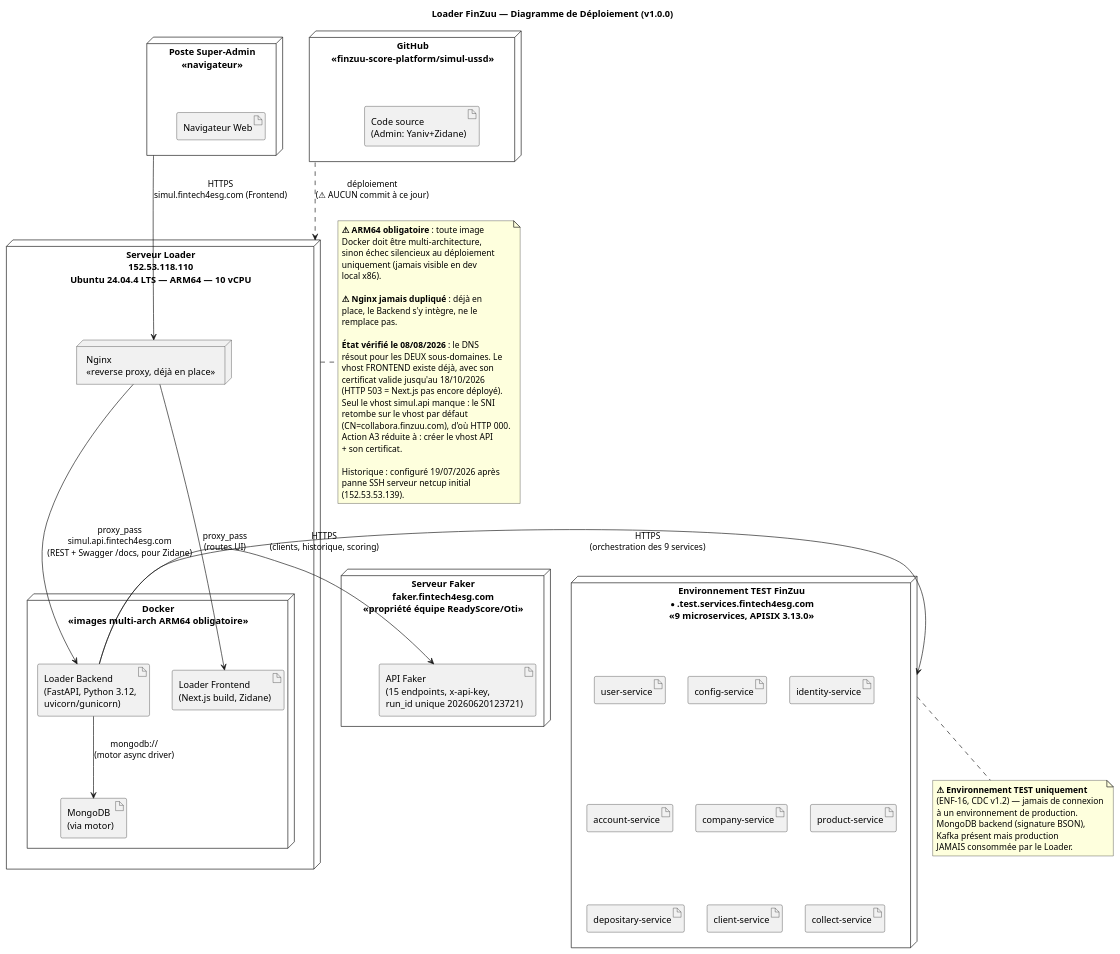
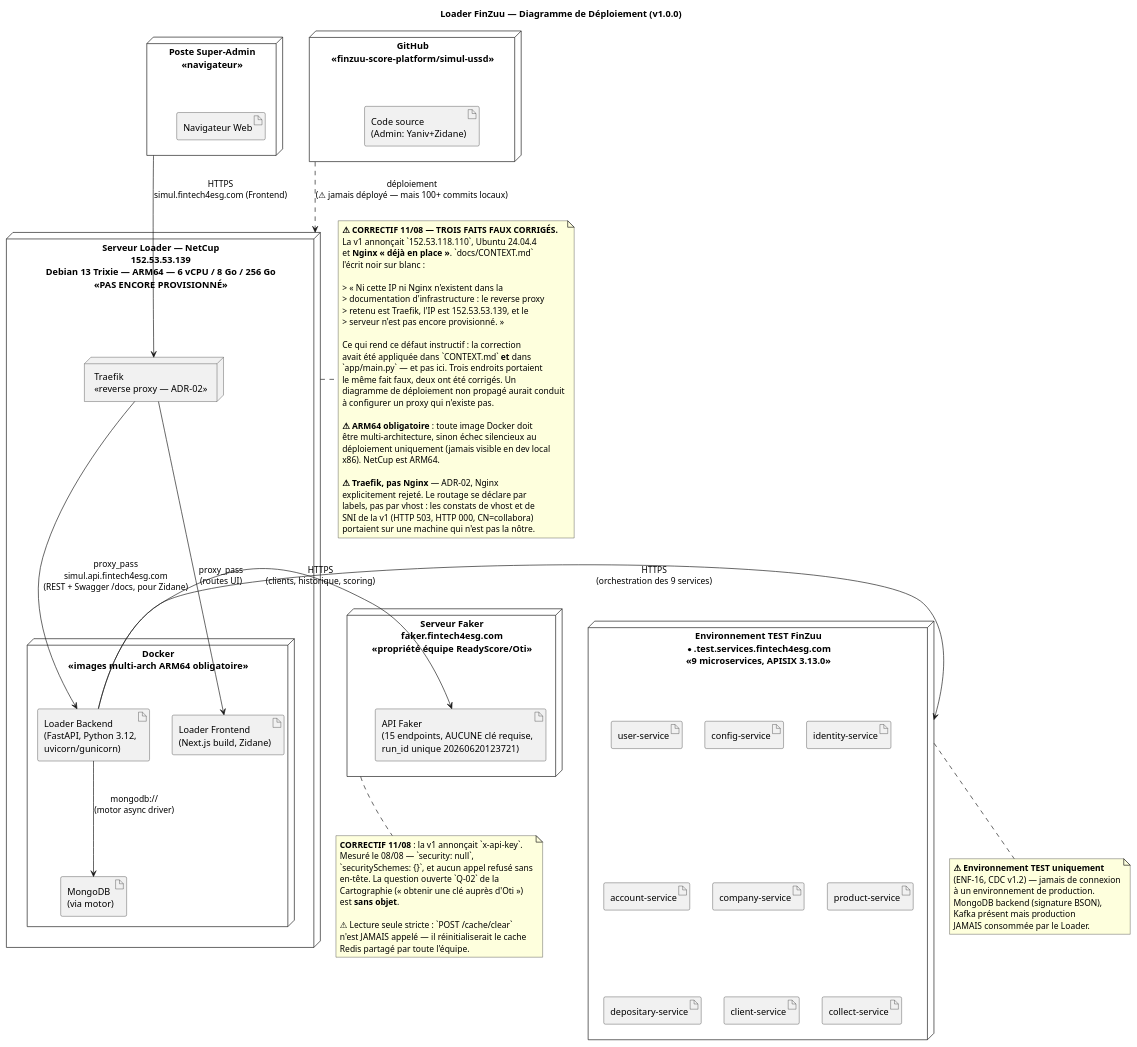
One commit to KuateAbdel/simulator-backend-loader changed the diagram in docs/reference/uml_diagrams/11_deployment.puml. Above: the diagram before and after it, drawn with PlantUML. The commit also changed 3 other files, not shown here.

First line of the commit message:
fix(uml): revue des 6 diagrammes restants — 09, 10, 11, 06

```diff
--- a/docs/reference/uml_diagrams/11_deployment.puml
+++ b/docs/reference/uml_diagrams/11_deployment.puml
@@ -1,102 +1,117 @@
 @startuml Loader_FinZuu_Deployment_v1
 
 title Loader FinZuu — Diagramme de Déploiement (v1.0.0)
 skinparam nodeStyle rectangle
 
 ' ============================================================
 ' POSTE SUPER-ADMIN (client)
 ' ============================================================
 node "Poste Super-Admin\n<<navigateur>>" as CLIENT {
   artifact "Navigateur Web" as BROWSER
 }
 
 ' ============================================================
 ' SERVEUR LOADER — coordonnées exactes confirmées
 ' ============================================================
-node "Serveur Loader\n152.53.118.110\nUbuntu 24.04.4 LTS — ARM64 — 10 vCPU" as SERVER {
+node "Serveur Loader — NetCup\n152.53.53.139\nDebian 13 Trixie — ARM64 — 6 vCPU / 8 Go / 256 Go\n<<PAS ENCORE PROVISIONNÉ>>" as SERVER {
 
-  node "Nginx\n<<reverse proxy, déjà en place>>" as NGINX {
+  node "Traefik\n<<reverse proxy — ADR-02>>" as NGINX {
   }
 
   node "Docker\n<<images multi-arch ARM64 obligatoire>>" as DOCKER {
     artifact "Loader Backend\n(FastAPI, Python 3.12,\nuvicorn/gunicorn)" as BE_ART
     artifact "Loader Frontend\n(Next.js build, Zidane)" as FE_ART
     artifact "MongoDB\n(via motor)" as DB_ART
   }
 }
 
 CLIENT -down-> NGINX : HTTPS\nsimul.fintech4esg.com (Frontend)
 
 NGINX -down-> FE_ART : proxy_pass\n(routes UI)
 NGINX -down-> BE_ART : proxy_pass\nsimul.api.fintech4esg.com\n(REST + Swagger /docs, pour Zidane)
 BE_ART -down-> DB_ART : mongodb://\n(motor async driver)
 
 note right of SERVER
-  **⚠ ARM64 obligatoire** : toute image
-  Docker doit être multi-architecture,
-  sinon échec silencieux au déploiement
-  uniquement (jamais visible en dev
-  local x86).
+  **⚠ CORRECTIF 11/08 — TROIS FAITS FAUX CORRIGÉS.**
+  La v1 annonçait `152.53.118.110`, Ubuntu 24.04.4
+  et **Nginx « déjà en place »**. `docs/CONTEXT.md`
+  l'écrit noir sur blanc :
 
-  **⚠ Nginx jamais dupliqué** : déjà en
-  place, le Backend s'y intègre, ne le
-  remplace pas.
+  > « Ni cette IP ni Nginx n'existent dans la
+  > documentation d'infrastructure : le reverse proxy
+  > retenu est Traefik, l'IP est 152.53.53.139, et le
+  > serveur n'est pas encore provisionné. »
 
-  **État vérifié le 08/08/2026** : le DNS
-  résout pour les DEUX sous-domaines. Le
-  vhost FRONTEND existe déjà, avec son
-  certificat valide jusqu'au 18/10/2026
-  (HTTP 503 = Next.js pas encore déployé).
-  Seul le vhost simul.api manque : le SNI
-  retombe sur le vhost par défaut
-  (CN=collabora.finzuu.com), d'où HTTP 000.
-  Action A3 réduite à : créer le vhost API
-  + son certificat.
+  Ce qui rend ce défaut instructif : la correction
+  avait été appliquée dans `CONTEXT.md` **et** dans
+  `app/main.py` — et pas ici. Trois endroits portaient
+  le même fait faux, deux ont été corrigés. Un
+  diagramme de déploiement non propagé aurait conduit
+  à configurer un proxy qui n'existe pas.
 
-  Historique : configuré 19/07/2026 après
-  panne SSH serveur netcup initial
-  (152.53.53.139).
+  **⚠ ARM64 obligatoire** : toute image Docker doit
+  être multi-architecture, sinon échec silencieux au
+  déploiement uniquement (jamais visible en dev local
+  x86). NetCup est ARM64.
+
+  **⚠ Traefik, pas Nginx** — ADR-02, Nginx
+  explicitement rejeté. Le routage se déclare par
+  labels, pas par vhost : les constats de vhost et de
+  SNI de la v1 (HTTP 503, HTTP 000, CN=collabora)
+  portaient sur une machine qui n'est pas la nôtre.
 end note
 
 ' ============================================================
 ' RÉFÉRENTIEL SOURCE — GitHub
 ' ============================================================
 node "GitHub\n<<finzuu-score-platform/simul-ussd>>" as GITHUB {
   artifact "Code source\n(Admin: Yaniv+Zidane)" as CODE
 }
-GITHUB .down.> SERVER : déploiement\n(⚠ AUCUN commit à ce jour)
+GITHUB .down.> SERVER : déploiement\n(⚠ jamais déployé — mais 100+ commits locaux)
 
 ' ============================================================
 ' DÉPENDANCE EXTERNE 1 — Faker fintech4esg
 ' ============================================================
 node "Serveur Faker\nfaker.fintech4esg.com\n<<propriété équipe ReadyScore/Oti>>" as FAKER_SRV {
-  artifact "API Faker\n(15 endpoints, x-api-key,\nrun_id unique 20260620123721)" as FAKER_ART
+  artifact "API Faker\n(15 endpoints, AUCUNE clé requise,\nrun_id unique 20260620123721)" as FAKER_ART
 }
+note bottom of FAKER_SRV
+  **CORRECTIF 11/08** : la v1 annonçait `x-api-key`.
+  Mesuré le 08/08 — `security: null`,
+  `securitySchemes: {}`, et aucun appel refusé sans
+  en-tête. La question ouverte `Q-02` de la
+  Cartographie (« obtenir une clé auprès d'Oti »)
+  est **sans objet**.
+
+  ⚠ Lecture seule stricte : `POST /cache/clear`
+  n'est JAMAIS appelé — il réinitialiserait le cache
+  Redis partagé par toute l'équipe.
+end note
 BE_ART -right-> FAKER_ART : HTTPS\n(clients, historique, scoring)
 
 ' ============================================================
 ' DÉPENDANCE EXTERNE 2 — Écosystème FinZuu TEST
 ' ============================================================
 node "Environnement TEST FinZuu\n*.test.services.fintech4esg.com\n<<9 microservices, APISIX 3.13.0>>" as FINZUU_TEST {
   artifact "user-service" as N_USR
   artifact "config-service" as N_CFG
   artifact "identity-service" as N_IDS
   artifact "account-service" as N_ACC
   artifact "company-service" as N_CMP
   artifact "product-service" as N_PRD
   artifact "depositary-service" as N_DEP
   artifact "client-service" as N_CLI
   artifact "collect-service" as N_COL
 }
 BE_ART -left-> FINZUU_TEST : HTTPS\n(orchestration des 9 services)
 
 note bottom of FINZUU_TEST
   **⚠ Environnement TEST uniquement**
   (ENF-16, CDC v1.2) — jamais de connexion
   à un environnement de production.
   MongoDB backend (signature BSON),
   Kafka présent mais production
   JAMAIS consommée par le Loader.
 end note
 
 @enduml
```
